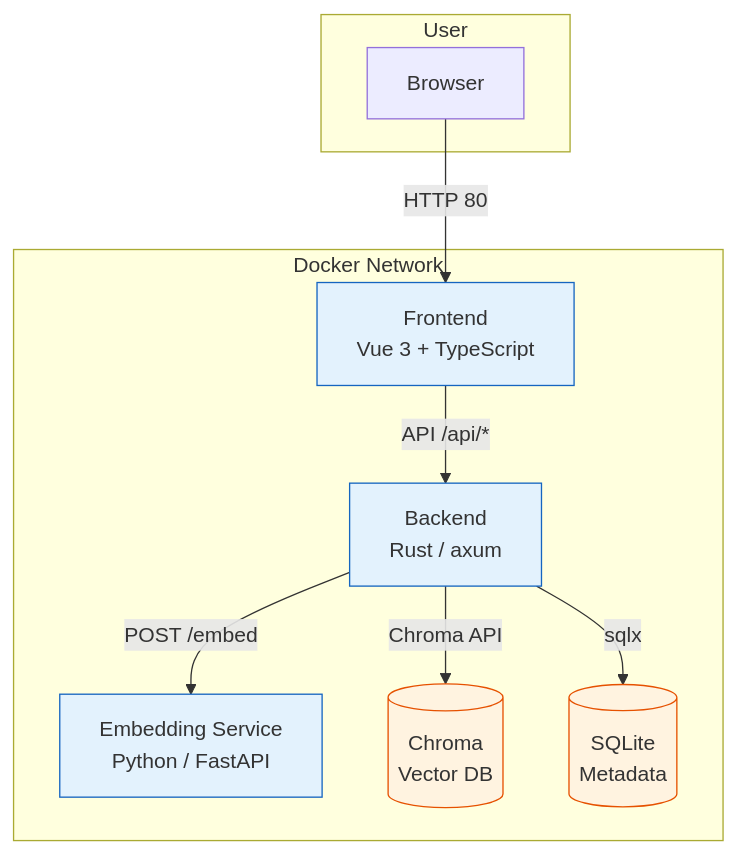
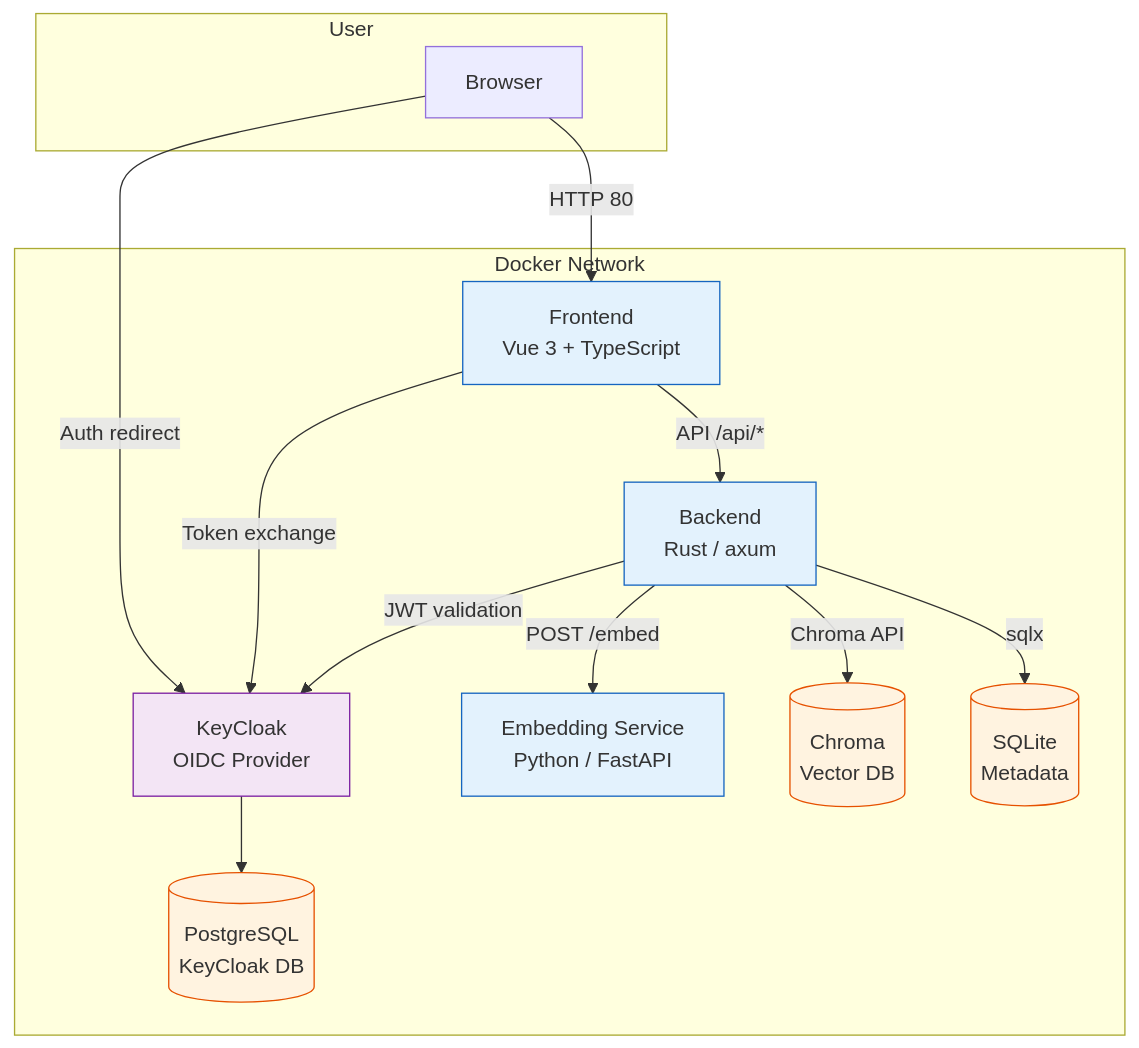
One commit to n-marusov/vedo-help changed the first of 3 diagrams in docs/architecture.md. Above: the diagram before and after it, drawn with Mermaid. The commit also changed other lines of this file and 4 other files, not shown here.

First line of the commit message:
docs: update architecture docs and add missing API endpoints

````diff
--- a/docs/architecture.md
+++ b/docs/architecture.md
@@ -9,25 +9,33 @@
 ```mermaid
 graph TB
     subgraph User
         B[Browser]
     end
 
     subgraph "Docker Network"
+        K[KeyCloak<br/>OIDC Provider]
         F[Frontend<br/>Vue 3 + TypeScript]
         BE[Backend<br/>Rust / axum]
         ES[Embedding Service<br/>Python / FastAPI]
         CDB[(Chroma<br/>Vector DB)]
         SQL[(SQLite<br/>Metadata)]
+        PDB[(PostgreSQL<br/>KeyCloak DB)]
     end
 
     B -- "HTTP 80" --> F
+    B -- "Auth redirect" --> K
     F -- "API /api/*" --> BE
+    F -- "Token exchange" --> K
+    BE -- "JWT validation" --> K
     BE -- "POST /embed" --> ES
     BE -- "Chroma API" --> CDB
     BE -- "sqlx" --> SQL
+    K --> PDB
 
     classDef svc fill:#e3f2fd,stroke:#1565c0
     classDef db fill:#fff3e0,stroke:#e65100
+    classDef auth fill:#f3e5f5,stroke:#7b1fa2
     class F,BE,ES svc
-    class CDB,SQL db
+    class CDB,SQL,PDB db
+    class K auth
 ```
````
